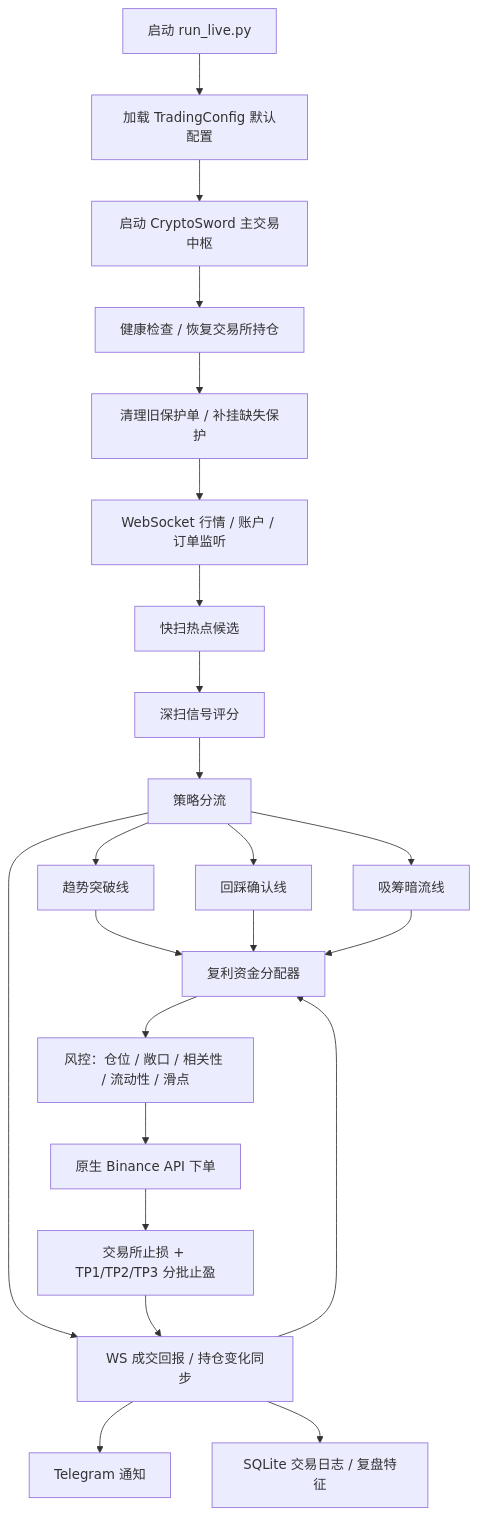
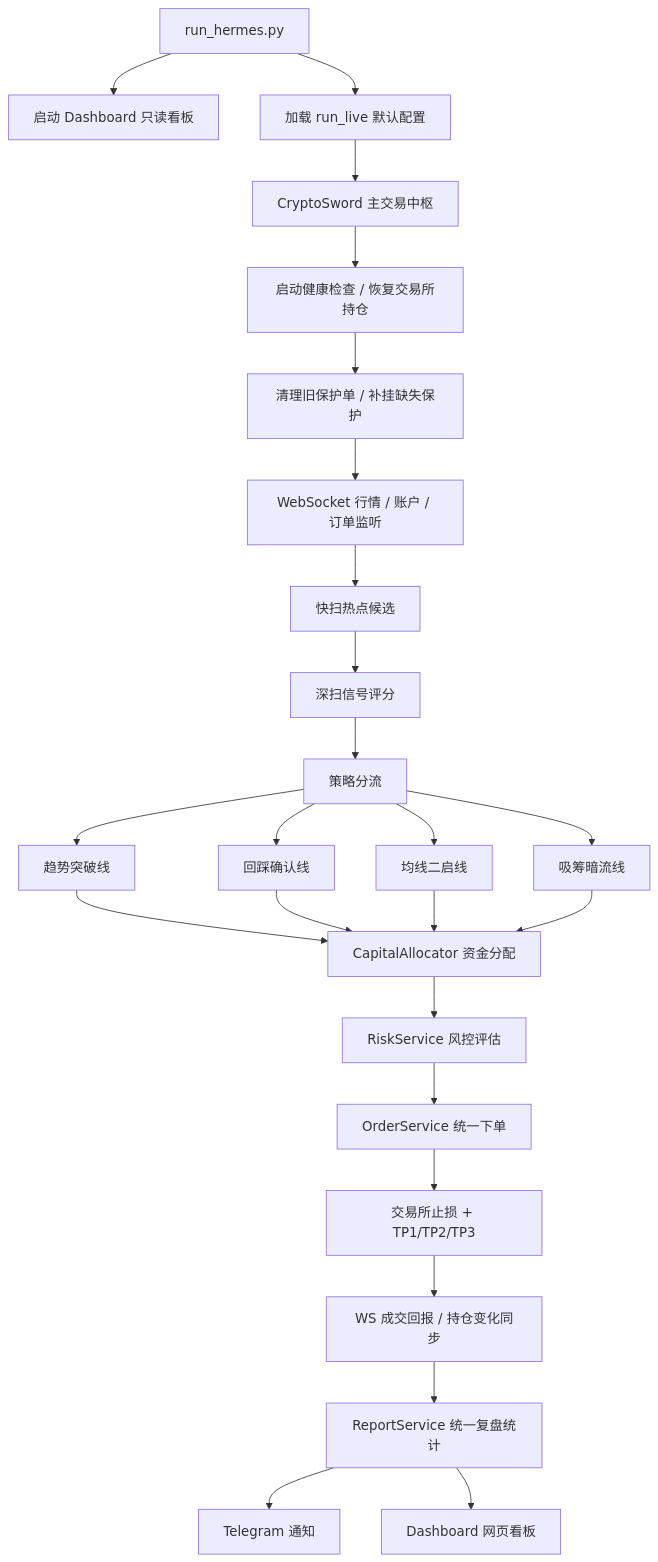
Before and after one commit to ZeroOneCN/crypto_sword: the diagram in README.md, drawn with Mermaid. The commit also changed other lines of this file and 2 other files, not shown here.

````diff
--- a/README.md
+++ b/README.md
@@ -75,25 +153,27 @@
 ```mermaid
 flowchart TD
-    A["启动 run_live.py"] --> B["加载 TradingConfig 默认配置"]
-    B --> C["启动 CryptoSword 主交易中枢"]
-    C --> D["健康检查 / 恢复交易所持仓"]
-    D --> E["清理旧保护单 / 补挂缺失保护"]
-    E --> F["WebSocket 行情 / 账户 / 订单监听"]
-    F --> G["快扫热点候选"]
-    G --> H["深扫信号评分"]
-    H --> I["策略分流"]
-    I --> J["趋势突破线"]
-    I --> K["回踩确认线"]
-    I --> L["吸筹暗流线"]
-    I --> Q["均线二启线"]
-    J --> M["复利资金分配器"]
-    K --> M
-    L --> M
-    Q --> M
-    M --> N["风控：仓位 / 敞口 / 相关性 / 流动性 / 滑点"]
-    N --> O["原生 Binance API 下单"]
-    O --> P["交易所止损 + TP1/TP2/TP3 分批止盈"]
-    P --> Q["WS 成交回报 / 持仓变化同步"]
-    Q --> R["Telegram 通知"]
-    Q --> S["SQLite 交易日志 / 复盘特征"]
+    A["run_hermes.py"] --> B["启动 Dashboard 只读看板"]
+    A --> C["加载 run_live 默认配置"]
+    C --> D["CryptoSword 主交易中枢"]
+    D --> E["启动健康检查 / 恢复交易所持仓"]
+    E --> F["清理旧保护单 / 补挂缺失保护"]
+    F --> G["WebSocket 行情 / 账户 / 订单监听"]
+    G --> H["快扫热点候选"]
+    H --> I["深扫信号评分"]
+    I --> J["策略分流"]
+    J --> K["趋势突破线"]
+    J --> L["回踩确认线"]
+    J --> M["均线二启线"]
+    J --> N["吸筹暗流线"]
+    K --> O["CapitalAllocator 资金分配"]
+    L --> O
+    M --> O
+    N --> O
+    O --> P["RiskService 风控评估"]
+    P --> Q["OrderService 统一下单"]
+    Q --> R["交易所止损 + TP1/TP2/TP3"]
+    R --> S["WS 成交回报 / 持仓变化同步"]
+    S --> T["ReportService 统一复盘统计"]
+    T --> U["Telegram 通知"]
+    T --> V["Dashboard 网页看板"]
 ```
````
